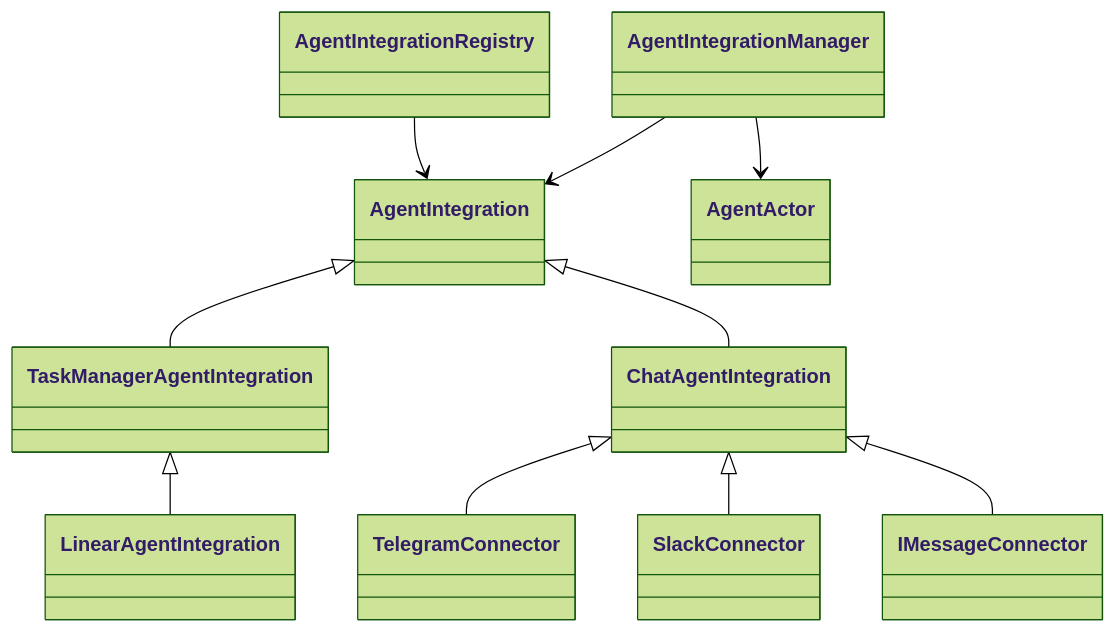
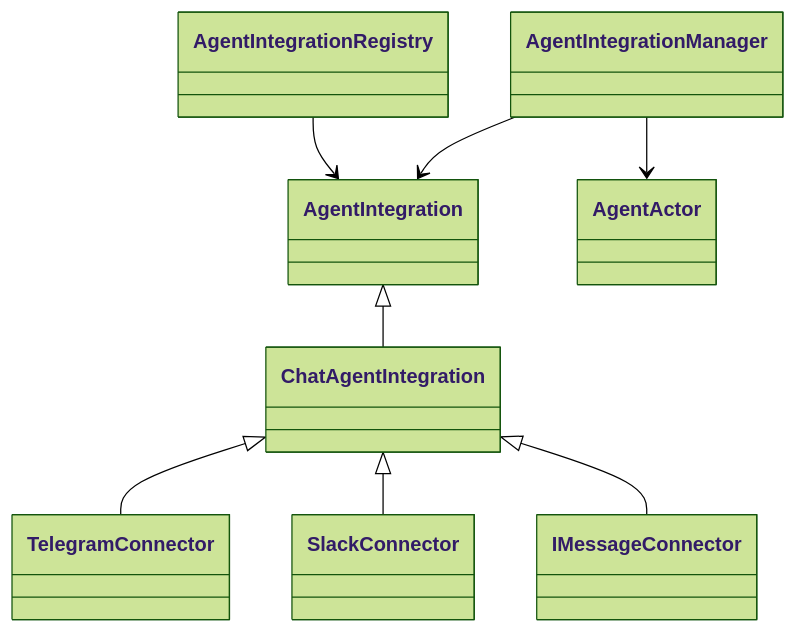
The diagram in docs/agent-integrations.md (SkillfulAgents/SuperAgent), drawn with Mermaid (forest theme) before and after one commit. The commit also changed other lines of this file and 31 other files, not shown here.

````diff
--- a/docs/agent-integrations.md
+++ b/docs/agent-integrations.md
@@ -5,12 +5,10 @@
 ```mermaid
 classDiagram
-    AgentIntegration <|-- TaskManagerAgentIntegration
-    TaskManagerAgentIntegration <|-- LinearAgentIntegration
     AgentIntegration <|-- ChatAgentIntegration
     ChatAgentIntegration <|-- TelegramConnector
     ChatAgentIntegration <|-- SlackConnector
     ChatAgentIntegration <|-- IMessageConnector
     AgentIntegrationManager --> AgentIntegration
     AgentIntegrationManager --> AgentActor
     AgentIntegrationRegistry --> AgentIntegration
 ```
````
